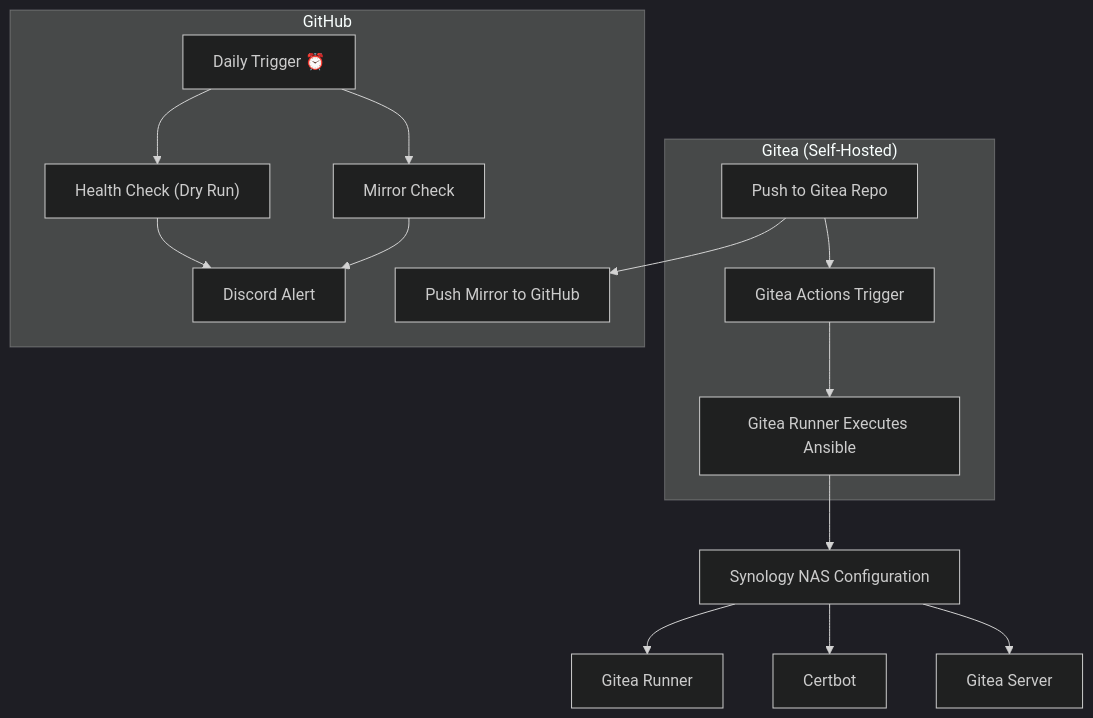
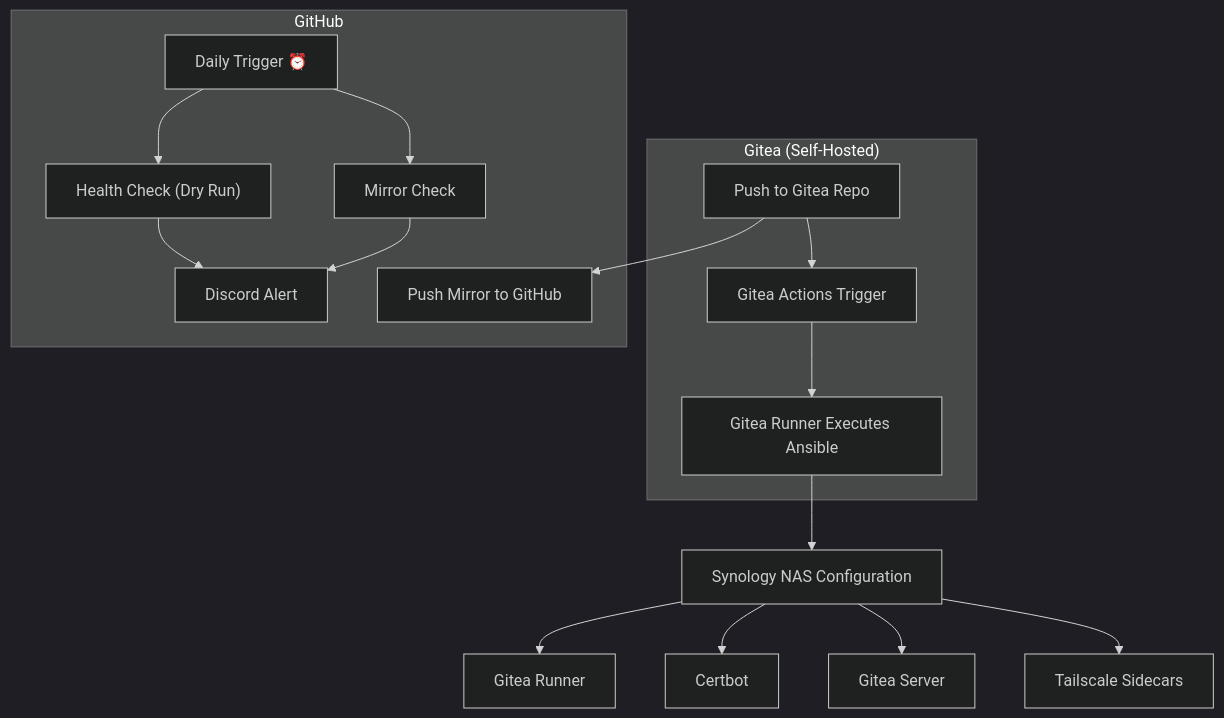
The second of 3 diagrams in README.md (jaxzin/jaxzin-infra-bootstrap), drawn with Mermaid (dark theme) before and after one commit. The commit also changed other lines of this file and 11 other files, not shown here.

First line of the commit message:
Add Tailscale sidecar networking for Gitea and runner containers

````diff
--- a/README.md
+++ b/README.md
@@ -51,19 +87,20 @@
 ```mermaid
 flowchart TB
     subgraph Gitea_CI["Gitea (Self-Hosted)"]
         A[Push to Gitea Repo] --> B[Gitea Actions Trigger]
         B --> C[Gitea Runner Executes Ansible]
     end
     subgraph GitHub_CI["GitHub"]
         A --> E[Push Mirror to GitHub]
         T["Daily Trigger ⏰"]
         T --> F["Mirror Check"]
         F --> G["Discord Alert"]
         T --> H["Health Check (Dry Run)"]
         H --> G
     end
     C --> D[Synology NAS Configuration]
-    D --> D1[Gitea Server]
-    D --> D2[Certbot]
-    D --> D3[Gitea Runner]
+    D --> D1[Tailscale Sidecars]
+    D --> D2[Gitea Server]
+    D --> D3[Certbot]
+    D --> D4[Gitea Runner]
 ```
````
